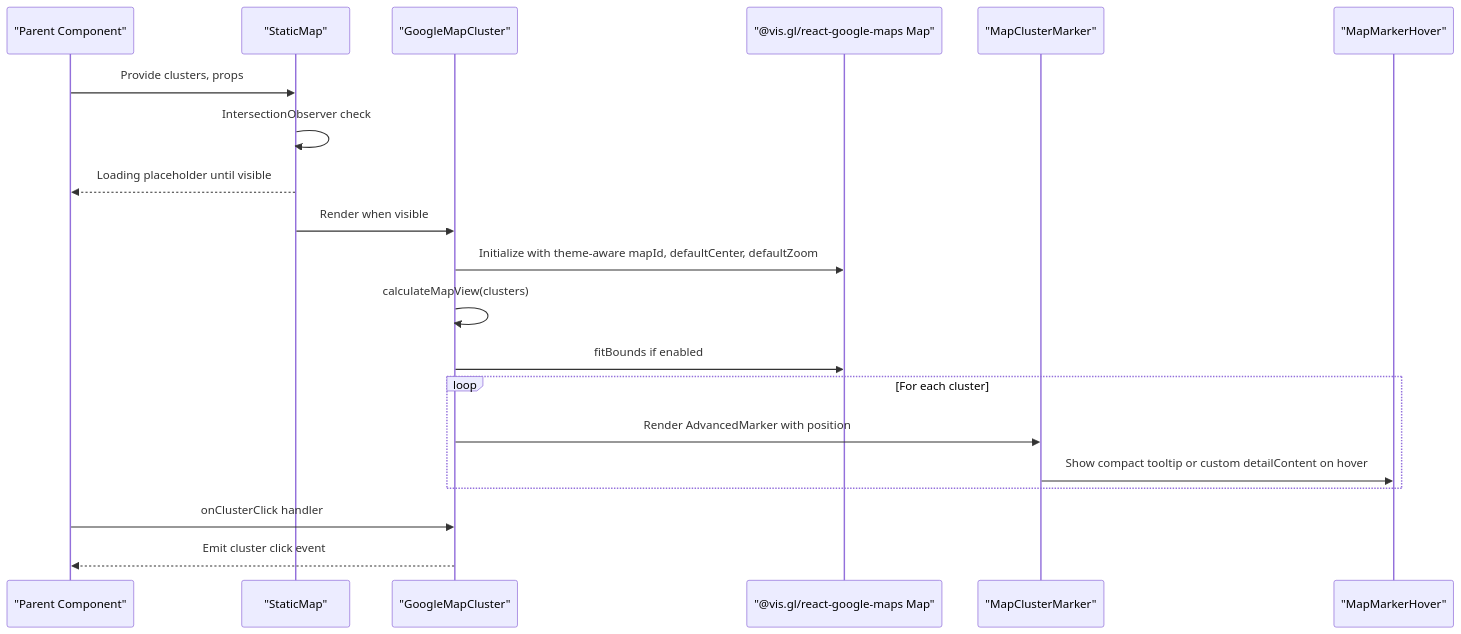
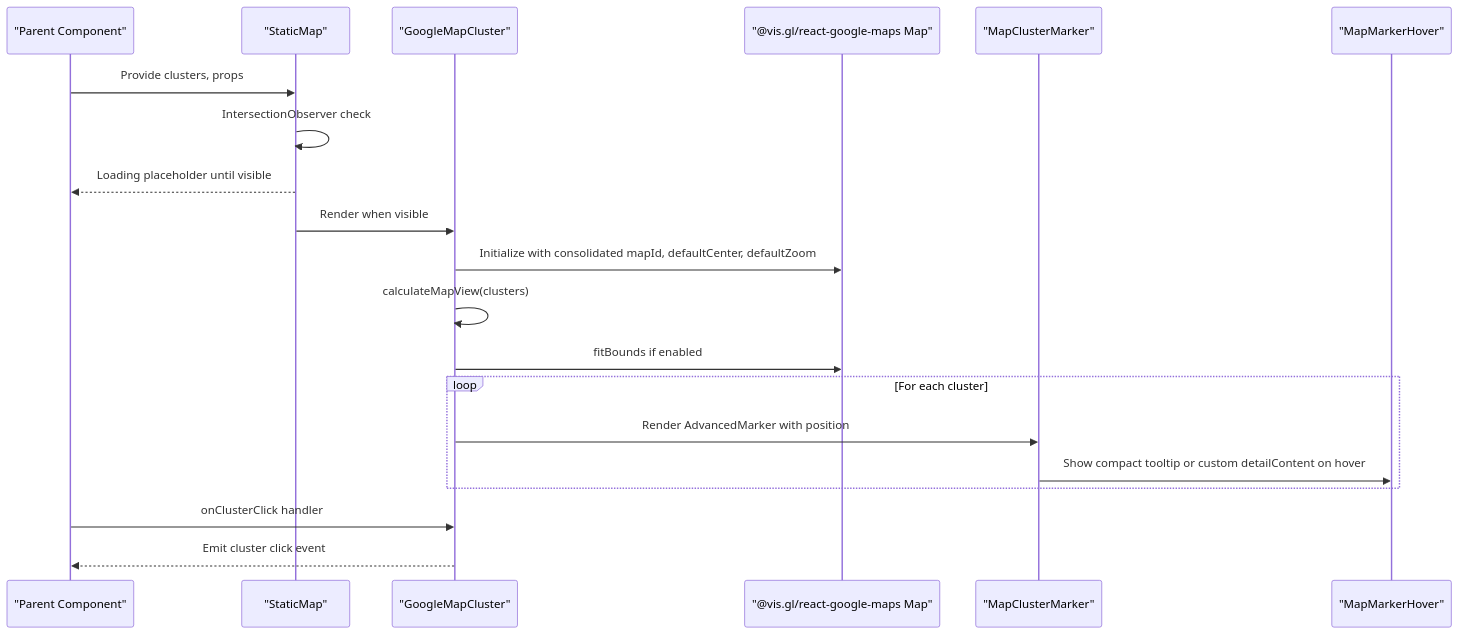
The second of 4 diagrams in .qoder/repowiki/en/content/Map Integration/Location Clustering System/Google Maps Integration.md (Meaetin/alibaba-hackathon), drawn with Mermaid before and after one commit. The commit also changed other lines of this file and 211 other files, not shown here.

````diff
--- a/.qoder/repowiki/en/content/Map Integration/Location Clustering System/Google Maps Integration.md
+++ b/.qoder/repowiki/en/content/Map Integration/Location Clustering System/Google Maps Integration.md
@@ -102,22 +116,22 @@
 ```mermaid
 sequenceDiagram
 participant Parent as "Parent Component"
 participant StaticMap as "StaticMap"
 participant GoogleMapCluster as "GoogleMapCluster"
 participant Map as "@vis.gl/react-google-maps Map"
 participant Marker as "MapClusterMarker"
 participant Hover as "MapMarkerHover"
 Parent->>StaticMap : Provide clusters, props
 StaticMap->>StaticMap : IntersectionObserver check
 StaticMap-->>Parent : Loading placeholder until visible
 StaticMap->>GoogleMapCluster : Render when visible
-GoogleMapCluster->>Map : Initialize with theme-aware mapId, defaultCenter, defaultZoom
+GoogleMapCluster->>Map : Initialize with consolidated mapId, defaultCenter, defaultZoom
 GoogleMapCluster->>GoogleMapCluster : calculateMapView(clusters)
 GoogleMapCluster->>Map : fitBounds if enabled
 loop For each cluster
 GoogleMapCluster->>Marker : Render AdvancedMarker with position
 Marker->>Hover : Show compact tooltip or custom detailContent on hover
 end
 Parent->>GoogleMapCluster : onClusterClick handler
 GoogleMapCluster-->>Parent : Emit cluster click event
 ```
````
